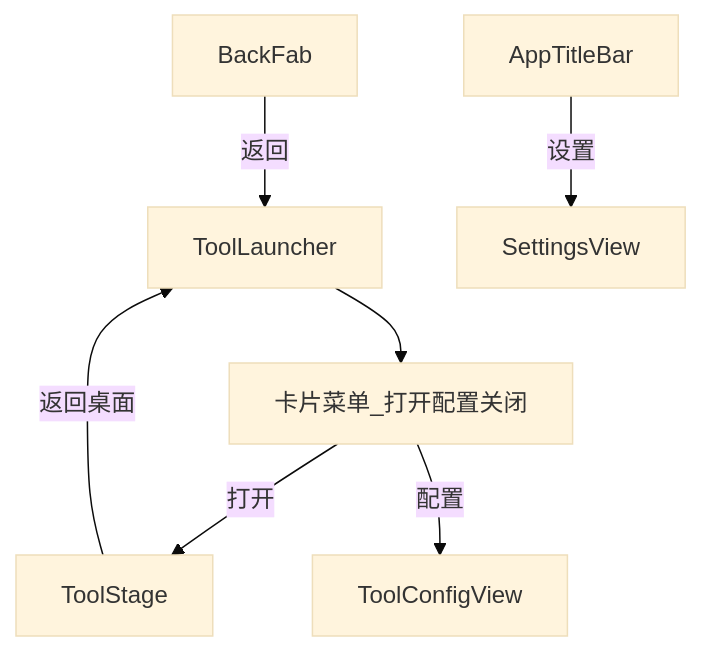
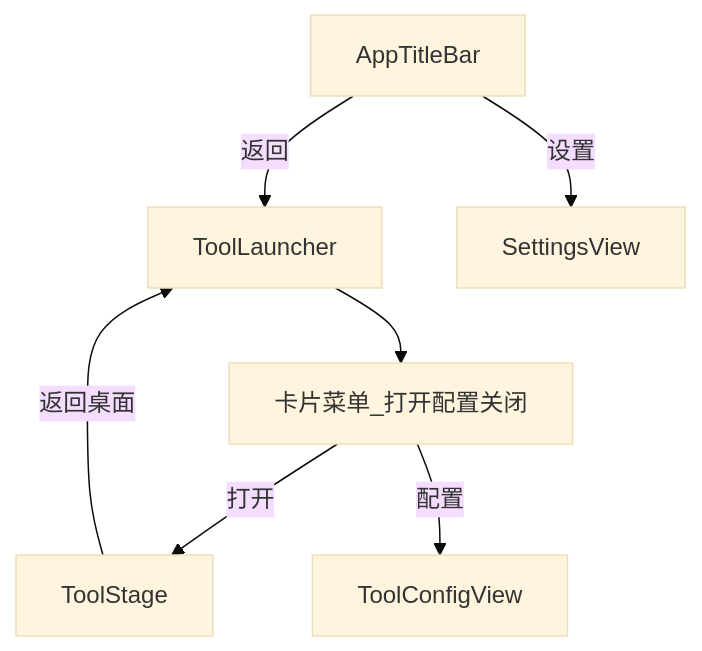
Before and after one commit to ForOnly/only-mini-tool: the second of 2 diagrams in doc/产品设计文档.md, drawn with Mermaid (base theme). The commit also changed other lines of this file and 8 other files, not shown here.

First line of the commit message:
feat(shell): 返回按钮全局治理——壳级返回入标题栏、标题居中、删 BackFab 浮层

````diff
--- a/doc/产品设计文档.md
+++ b/doc/产品设计文档.md
@@ -93,16 +93,15 @@
 ```mermaid
 flowchart TB
     TitleBar[AppTitleBar]
-    BackFab[BackFab]
     Launcher[ToolLauncher]
     Menu[卡片菜单_打开配置关闭]
     Stage[ToolStage]
     Settings[SettingsView]
     Cfg[ToolConfigView]
     TitleBar -->|设置| Settings
-    BackFab -->|返回| Launcher
+    TitleBar -->|返回| Launcher
     Launcher --> Menu
     Menu -->|打开| Stage
     Menu -->|配置| Cfg
     Stage -->|返回桌面| Launcher
 ```
````
